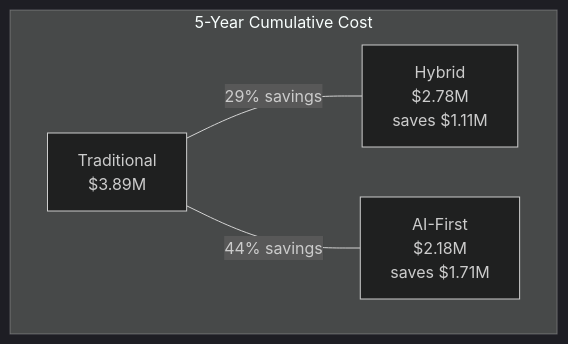
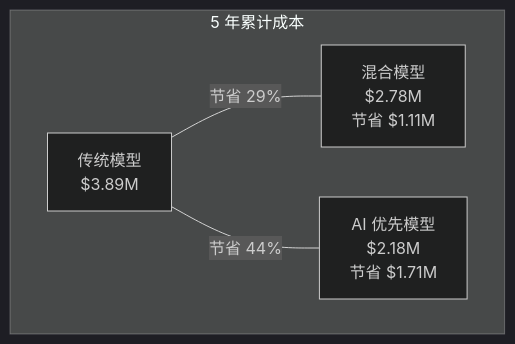
The diagram in i18n/zh/docusaurus-plugin-content-docs/current/03-tco-model.md (stars-labs/ai-driven-customer-service), drawn with Mermaid (dark theme) before and after one commit. The commit also changed other lines of this file and 15 other files, not shown here.

````diff
--- a/i18n/zh/docusaurus-plugin-content-docs/current/03-tco-model.md
+++ b/i18n/zh/docusaurus-plugin-content-docs/current/03-tco-model.md
@@ -87,11 +87,11 @@
 ```mermaid
 flowchart TB
-    subgraph Cumulative["5-Year Cumulative Cost"]
-        T[Traditional<br/>$3.89M]
-        H[Hybrid<br/>$2.78M<br/>saves $1.11M]
-        A[AI-First<br/>$2.18M<br/>saves $1.71M]
+    subgraph Cumulative["5 年累计成本"]
+        T[传统模型<br/>$3.89M]
+        H[混合模型<br/>$2.78M<br/>节省 $1.11M]
+        A[AI 优先模型<br/>$2.18M<br/>节省 $1.71M]
     end
 
-    T ---|29% savings| H
-    T ---|44% savings| A
+    T ---|节省 29%| H
+    T ---|节省 44%| A
 ```
````
